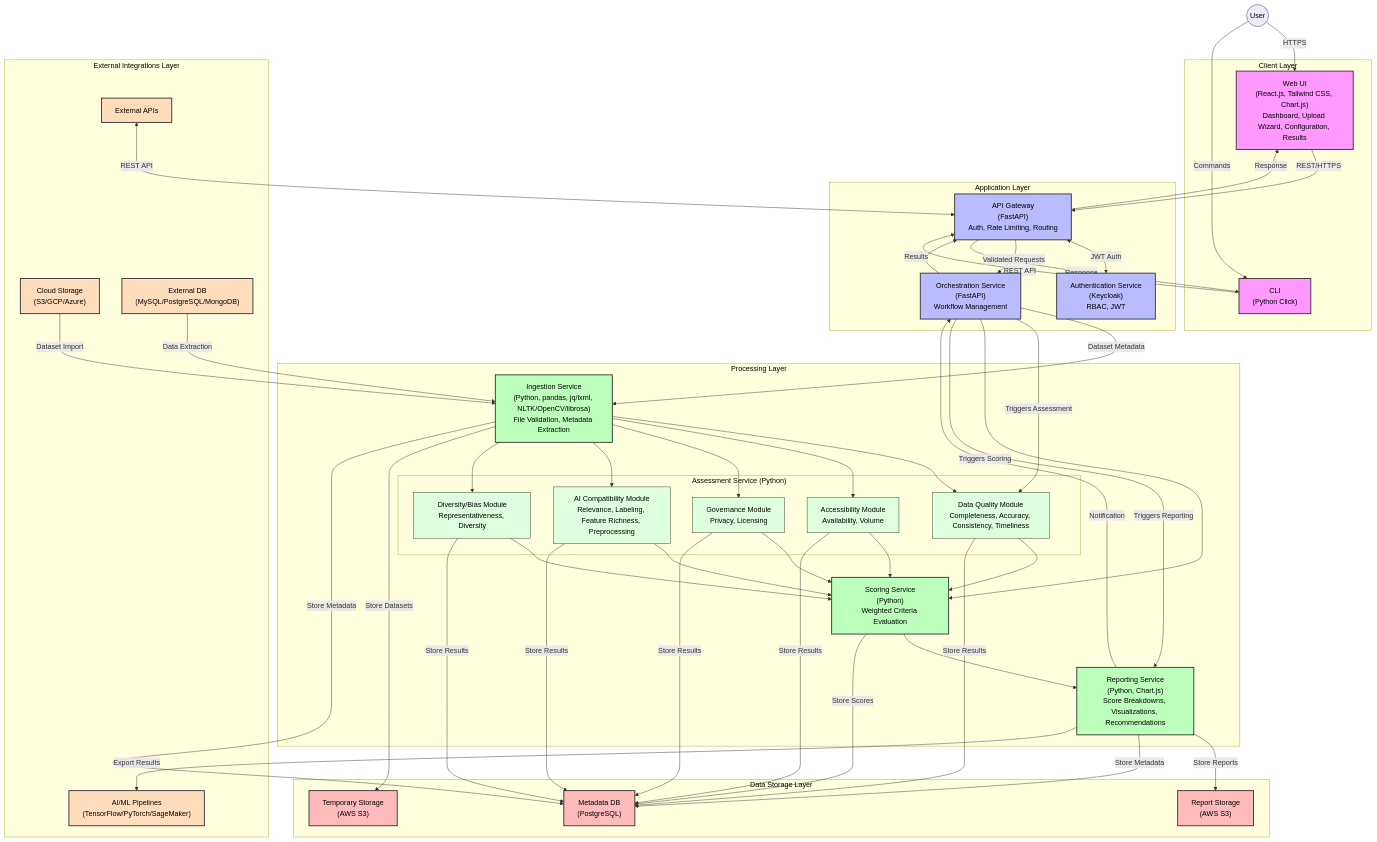
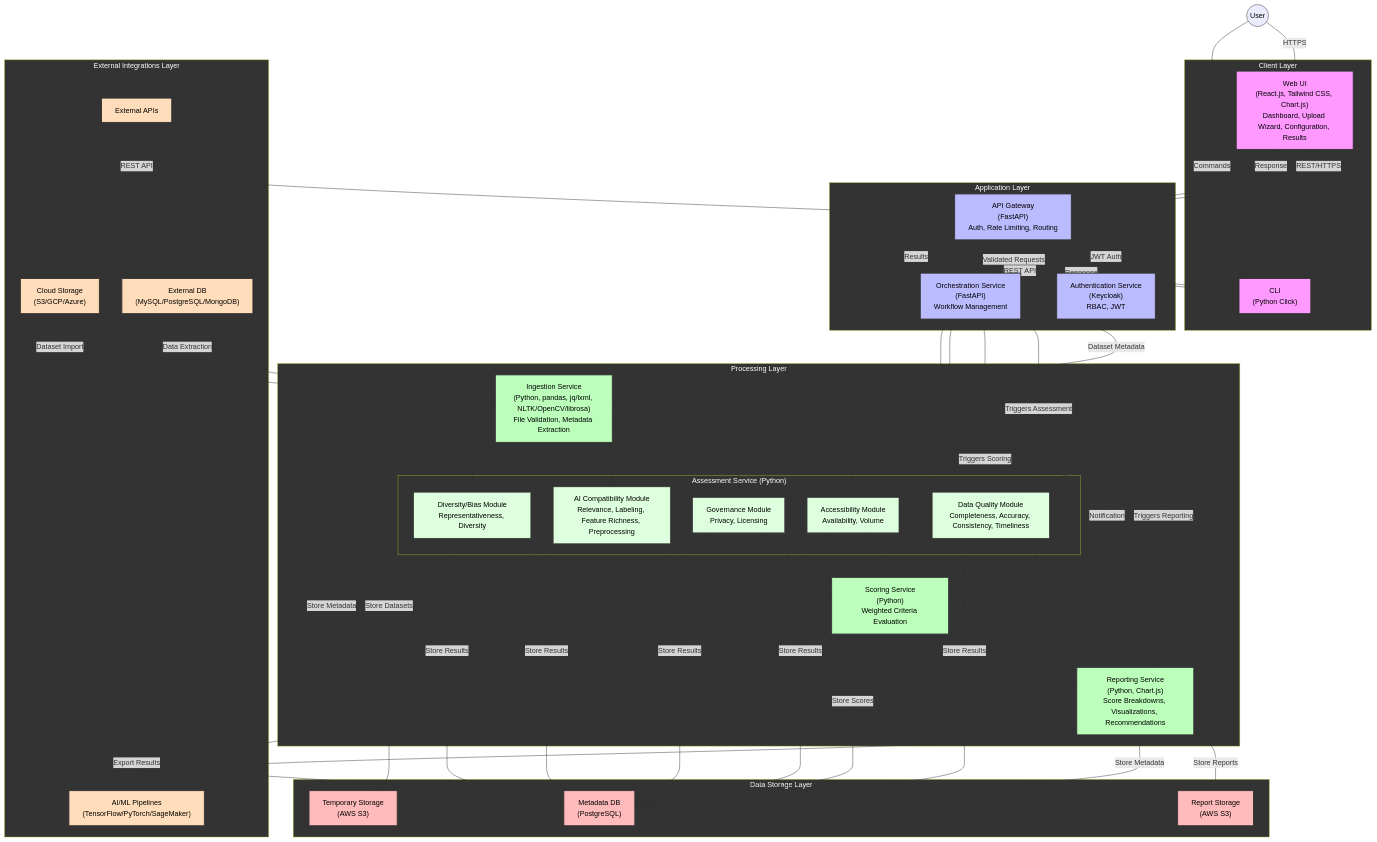
One commit to AneeshPulukkul/data-aptor-ai changed the diagram in ArchitectureDiagram.md. Above: the diagram before and after it, drawn with Mermaid.

Commit message:
Fixing color for dark backgorund.

```diff
--- a/ArchitectureDiagram.md
+++ b/ArchitectureDiagram.md
@@ -113,13 +113,13 @@
     classDef assessmentModules fill:#dfd,stroke:#333,stroke-width:1px,color:#000;
     classDef dataStorageLayer fill:#fbb,stroke:#333,stroke-width:2px,color:#000;
     classDef externalLayer fill:#fdb,stroke:#333,stroke-width:2px,color:#000;
-    %% Adding a style for the subgraphs to ensure text visibility
-    style AssessmentService color:#000;
-    style ClientLayer color:#000;
-    style ApplicationLayer color:#000;
-    style ProcessingLayer color:#000;
-    style DataStorageLayer color:#000;
-    style ExternalIntegrationsLayer color:#000;
+    %% Adding a style for the subgraphs with white text for better visibility
+    style AssessmentService color:#fff,fill:#333;
+    style ClientLayer color:#fff,fill:#333;
+    style ApplicationLayer color:#fff,fill:#333;
+    style ProcessingLayer color:#fff,fill:#333;
+    style DataStorageLayer color:#fff,fill:#333;
+    style ExternalIntegrationsLayer color:#fff,fill:#333;
     
     class WebUI,CLI clientLayer;
     class APIGateway,AuthService,OrchestrationService applicationLayer;
```
